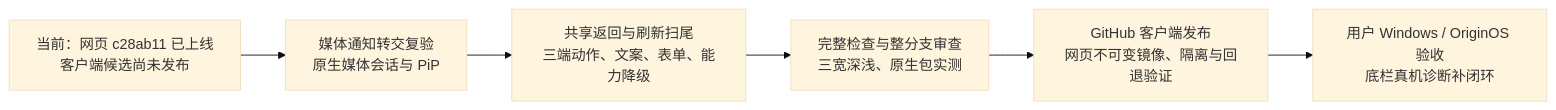
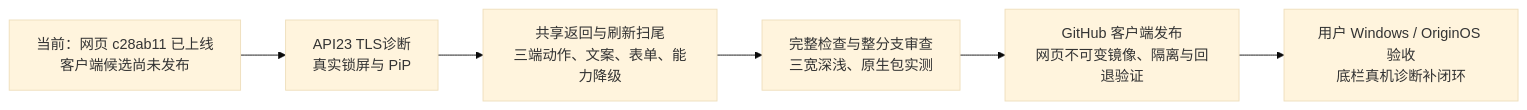
The second of 2 diagrams in docs/design/CLIENT-EXPERIENCE-VERIFIED.md (XYL333FYQ/TongMuTVPlus), drawn with Mermaid (base theme) before and after one commit. The commit also changed other lines of this file and 4 other files, not shown here.

````diff
--- a/docs/design/CLIENT-EXPERIENCE-VERIFIED.md
+++ b/docs/design/CLIENT-EXPERIENCE-VERIFIED.md
@@ -38,8 +38,8 @@
 ```mermaid
 flowchart LR
-    A[当前：网页 c28ab11 已上线<br/>客户端候选尚未发布] --> B[媒体通知转交复验<br/>原生媒体会话与 PiP]
+    A[当前：网页 c28ab11 已上线<br/>客户端候选尚未发布] --> B[API23 TLS诊断<br/>真实锁屏与 PiP]
     B --> C[共享返回与刷新扫尾<br/>三端动作、文案、表单、能力降级]
     C --> D[完整检查与整分支审查<br/>三宽深浅、原生包实测]
     D --> E[GitHub 客户端发布<br/>网页不可变镜像、隔离与回退验证]
     E --> F[用户 Windows / OriginOS 验收<br/>底栏真机诊断补闭环]
 ```
````
